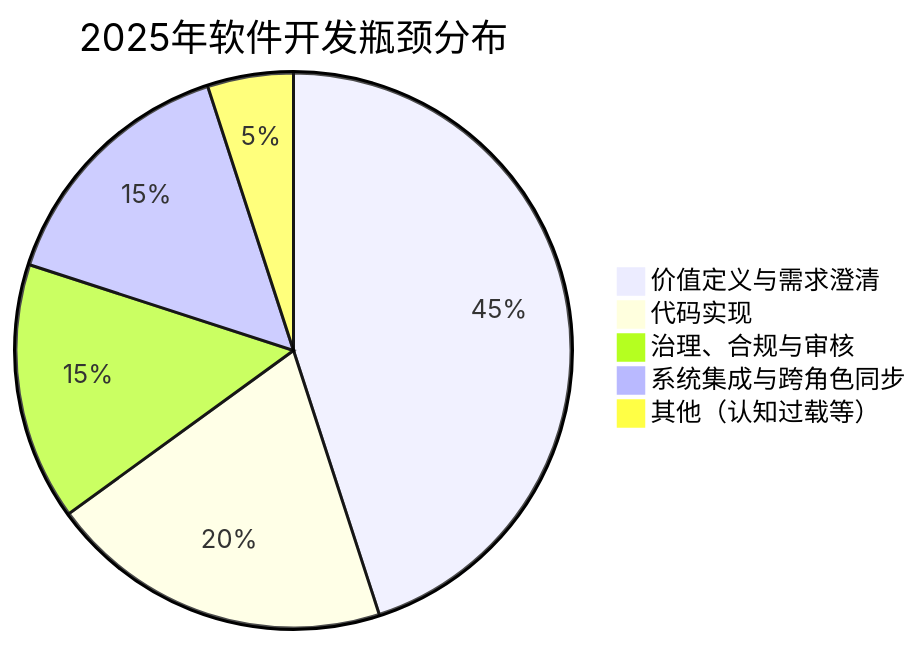
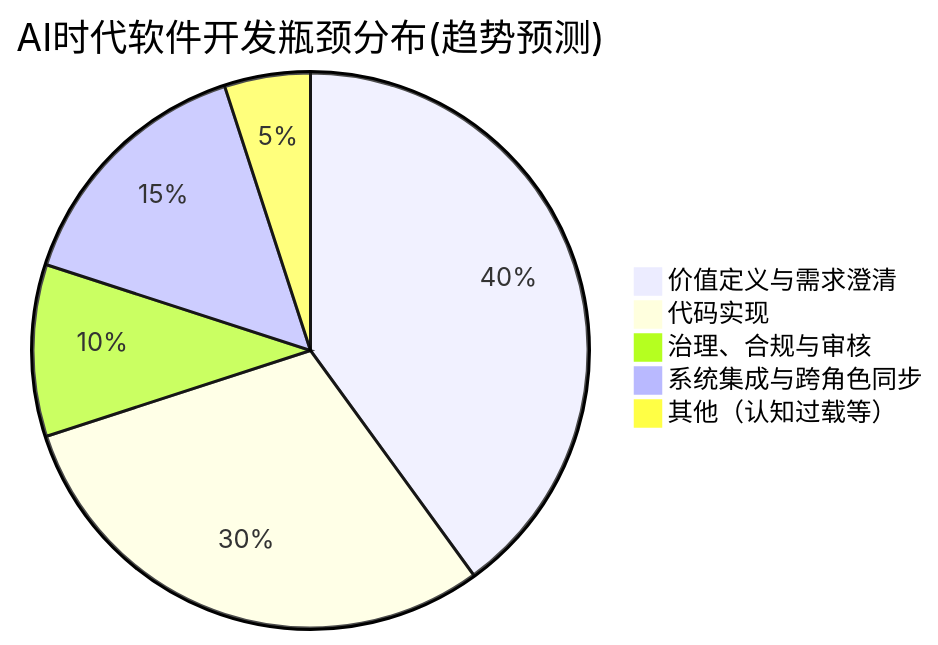
The second of 13 diagrams in EXPLORE_RND/result/RD_AI_impact_Report.md (ethan-jiang-1/ai_study_devops), drawn with Mermaid before and after one commit. The commit also changed other lines of this file, not shown here.

````diff
--- a/EXPLORE_RND/result/RD_AI_impact_Report.md
+++ b/EXPLORE_RND/result/RD_AI_impact_Report.md
@@ -107,9 +103,9 @@
 ```mermaid
 pie
-    title 2025年软件开发瓶颈分布
-    "价值定义与需求澄清" : 45
-    "代码实现" : 20
-    "治理、合规与审核" : 15
+    title AI时代软件开发瓶颈分布(趋势预测)
+    "价值定义与需求澄清" : 40
+    "代码实现" : 30
+    "治理、合规与审核" : 10
     "系统集成与跨角色同步" : 15
     "其他（认知过载等）" : 5
 ```
````
